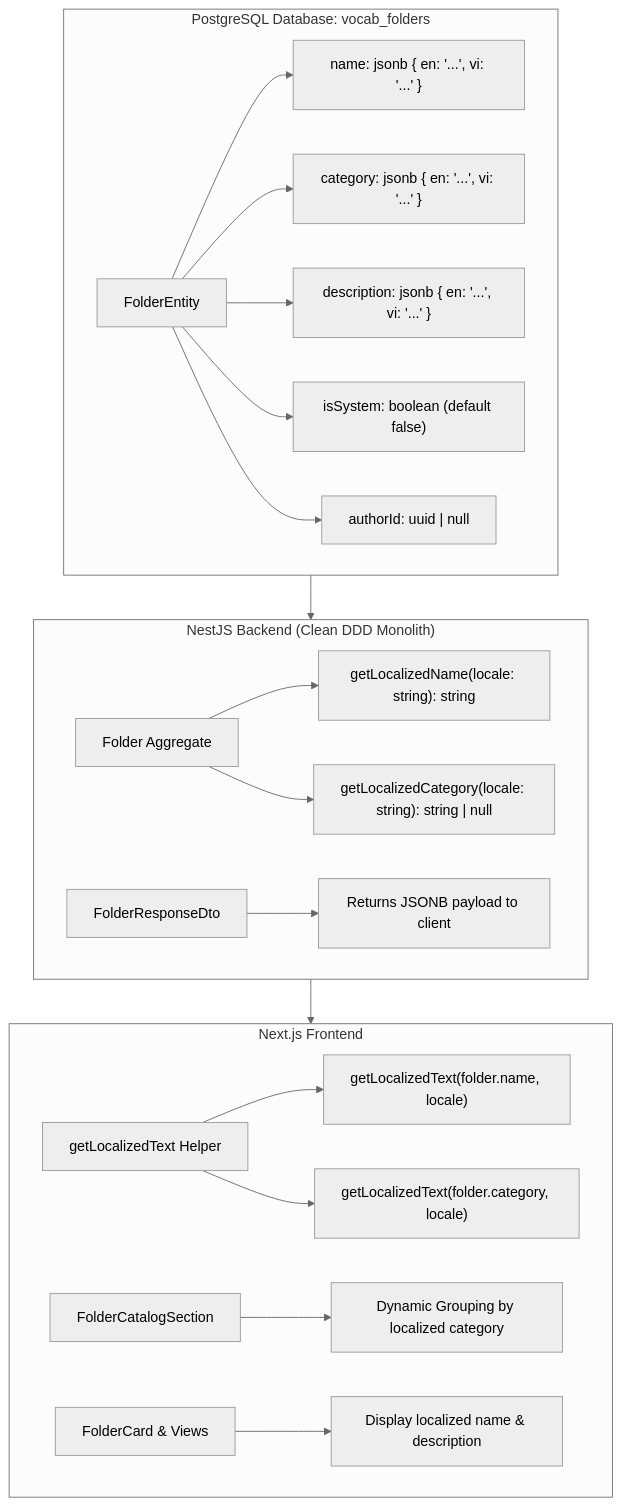
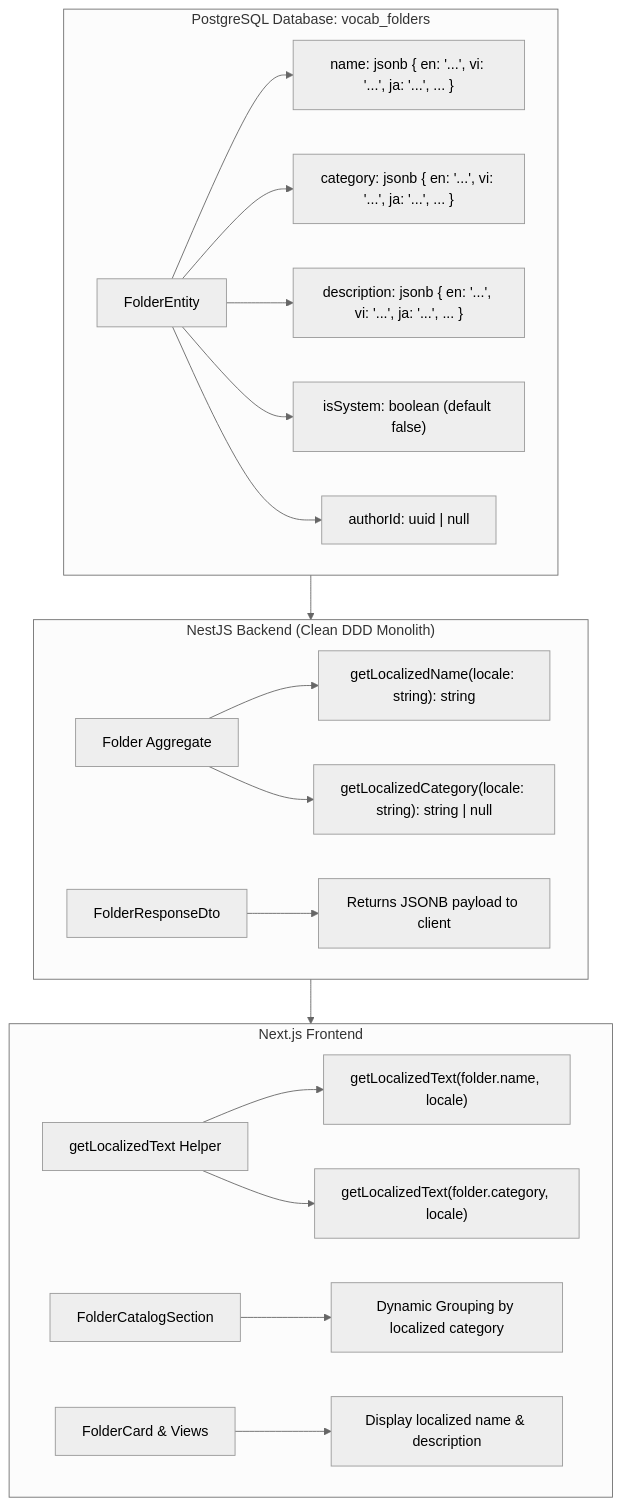
Before and after one commit to Youth-Garden/lumen: the diagram in documents/features/multilingual-system-folders.md, drawn with Mermaid (neutral theme). The commit also changed other lines of this file and 2 other files, not shown here.

````diff
--- a/documents/features/multilingual-system-folders.md
+++ b/documents/features/multilingual-system-folders.md
@@ -64,28 +79,28 @@
 ```mermaid
 flowchart TD
     subgraph DB["PostgreSQL Database: vocab_folders"]
         A[FolderEntity]
-        A --> B["name: jsonb { en: '...', vi: '...' }"]
-        A --> C["category: jsonb { en: '...', vi: '...' }"]
-        A --> D["description: jsonb { en: '...', vi: '...' }"]
+        A --> B["name: jsonb { en: '...', vi: '...', ja: '...', ... }"]
+        A --> C["category: jsonb { en: '...', vi: '...', ja: '...', ... }"]
+        A --> D["description: jsonb { en: '...', vi: '...', ja: '...', ... }"]
         A --> E["isSystem: boolean (default false)"]
         A --> F["authorId: uuid | null"]
     end
 
     subgraph Backend["NestJS Backend (Clean DDD Monolith)"]
         G[Folder Aggregate]
         G --> H["getLocalizedName(locale: string): string"]
         G --> I["getLocalizedCategory(locale: string): string | null"]
         J[FolderResponseDto] --> K["Returns JSONB payload to client"]
     end
 
     subgraph Frontend["Next.js Frontend"]
         L[getLocalizedText Helper]
         L --> M["getLocalizedText(folder.name, locale)"]
         L --> N["getLocalizedText(folder.category, locale)"]
         O[FolderCatalogSection] --> P["Dynamic Grouping by localized category"]
         Q[FolderCard & Views] --> R["Display localized name & description"]
     end
 
     DB --> Backend --> Frontend
 ```
````
